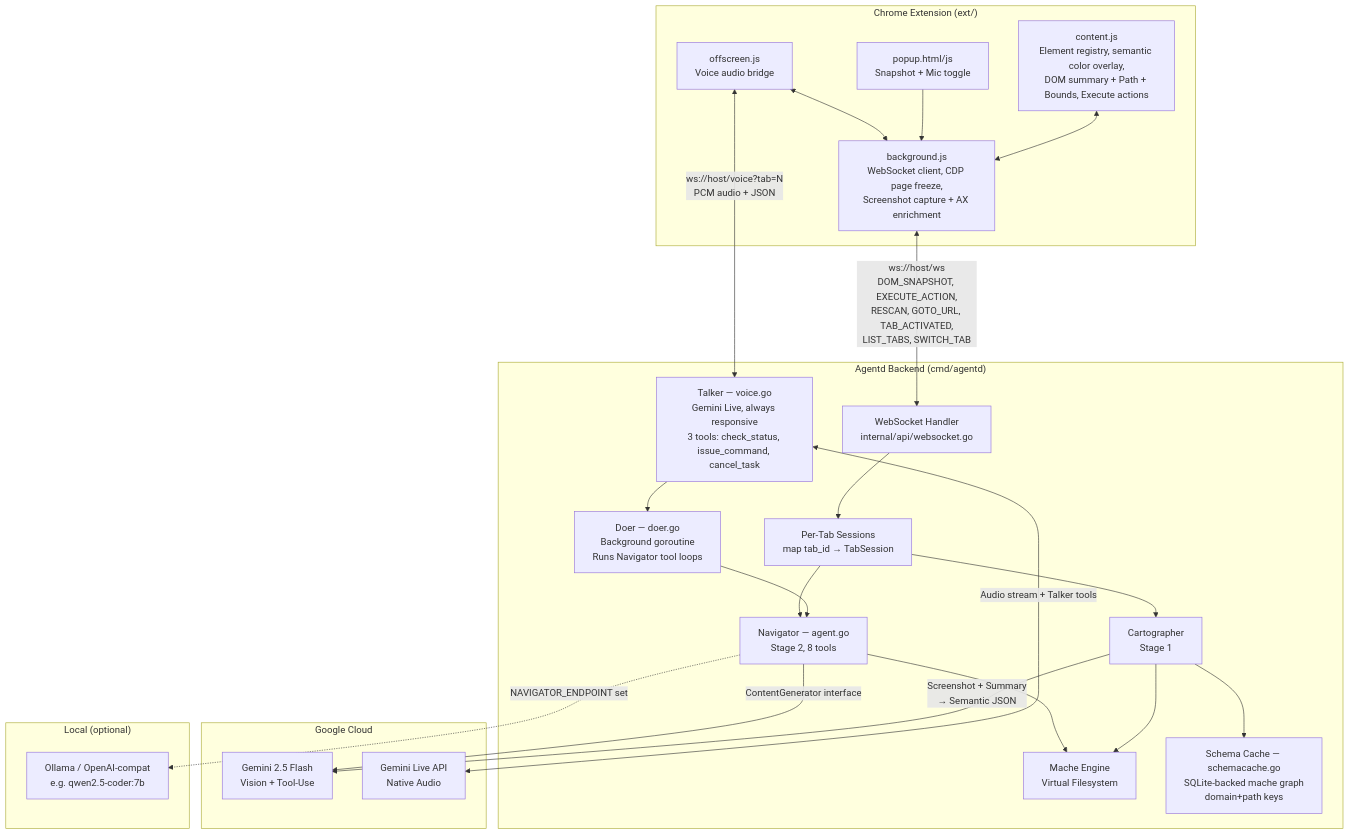
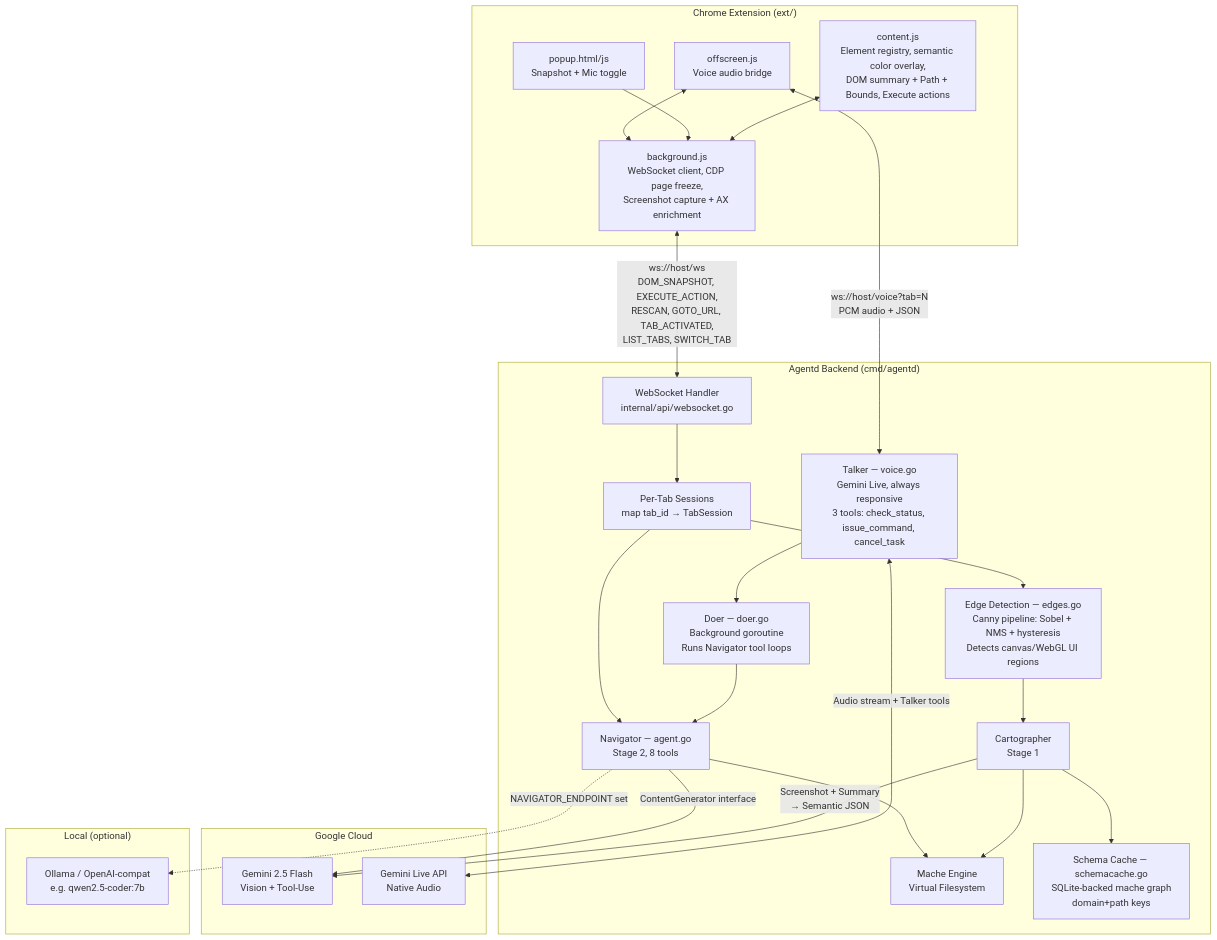
The first of 8 diagrams in docs/ARCHITECTURE.md (agentic-research/x-ray), drawn with Mermaid before and after one commit. The commit also changed other lines of this file, not shown here.

Commit message:
docs: update ARCHITECTURE.md with Canny edge detection canvas blindspot solver

````diff
--- a/docs/ARCHITECTURE.md
+++ b/docs/ARCHITECTURE.md
@@ -5,48 +5,50 @@
 ```mermaid
 graph TB
     subgraph Chrome["Chrome Extension (ext/)"]
         CS[content.js<br/>Element registry, semantic color overlay,<br/>DOM summary + Path + Bounds, Execute actions]
         BG[background.js<br/>WebSocket client, CDP page freeze,<br/>Screenshot capture + AX enrichment]
         POP[popup.html/js<br/>Snapshot + Mic toggle]
         OFF[offscreen.js<br/>Voice audio bridge]
         CS <--> BG
         POP --> BG
         OFF <--> BG
     end
 
     subgraph Agentd["Agentd Backend (cmd/agentd)"]
         WS[WebSocket Handler<br/>internal/api/websocket.go]
         TALKER[Talker — voice.go<br/>Gemini Live, always responsive<br/>3 tools: check_status, issue_command, cancel_task]
         DOER[Doer — doer.go<br/>Background goroutine<br/>Runs Navigator tool loops]
+        EDGE[Edge Detection — edges.go<br/>Canny pipeline: Sobel + NMS + hysteresis<br/>Detects canvas/WebGL UI regions]
         CART[Cartographer<br/>Stage 1]
         NAV[Navigator — agent.go<br/>Stage 2, 8 tools]
         ENG[Mache Engine<br/>Virtual Filesystem]
         SESS[Per-Tab Sessions<br/>map tab_id → TabSession]
         CACHE[Schema Cache — schemacache.go<br/>SQLite-backed mache graph<br/>domain+path keys]
 
         WS --> SESS
         TALKER --> DOER
         DOER --> NAV
-        SESS --> CART
+        SESS --> EDGE
+        EDGE --> CART
         SESS --> NAV
         CART --> ENG
         CART --> CACHE
         NAV --> ENG
     end
 
     subgraph GCP["Google Cloud"]
         GEMINI[Gemini 2.5 Flash<br/>Vision + Tool-Use]
         LIVE[Gemini Live API<br/>Native Audio]
     end
 
     subgraph Local["Local (optional)"]
         OLLAMA[Ollama / OpenAI-compat<br/>e.g. qwen2.5-coder:7b]
     end
 
     BG <-->|"ws://host/ws<br/>DOM_SNAPSHOT, EXECUTE_ACTION,<br/>RESCAN, GOTO_URL, TAB_ACTIVATED,<br/>LIST_TABS, SWITCH_TAB"| WS
     OFF <-->|"ws://host/voice?tab=N<br/>PCM audio + JSON"| TALKER
     CART -->|"Screenshot + Summary<br/>→ Semantic JSON"| GEMINI
     NAV -->|"ContentGenerator interface"| GEMINI
     NAV -.->|"NAVIGATOR_ENDPOINT set"| OLLAMA
     TALKER <-->|"Audio stream + Talker tools"| LIVE
 ```
````
